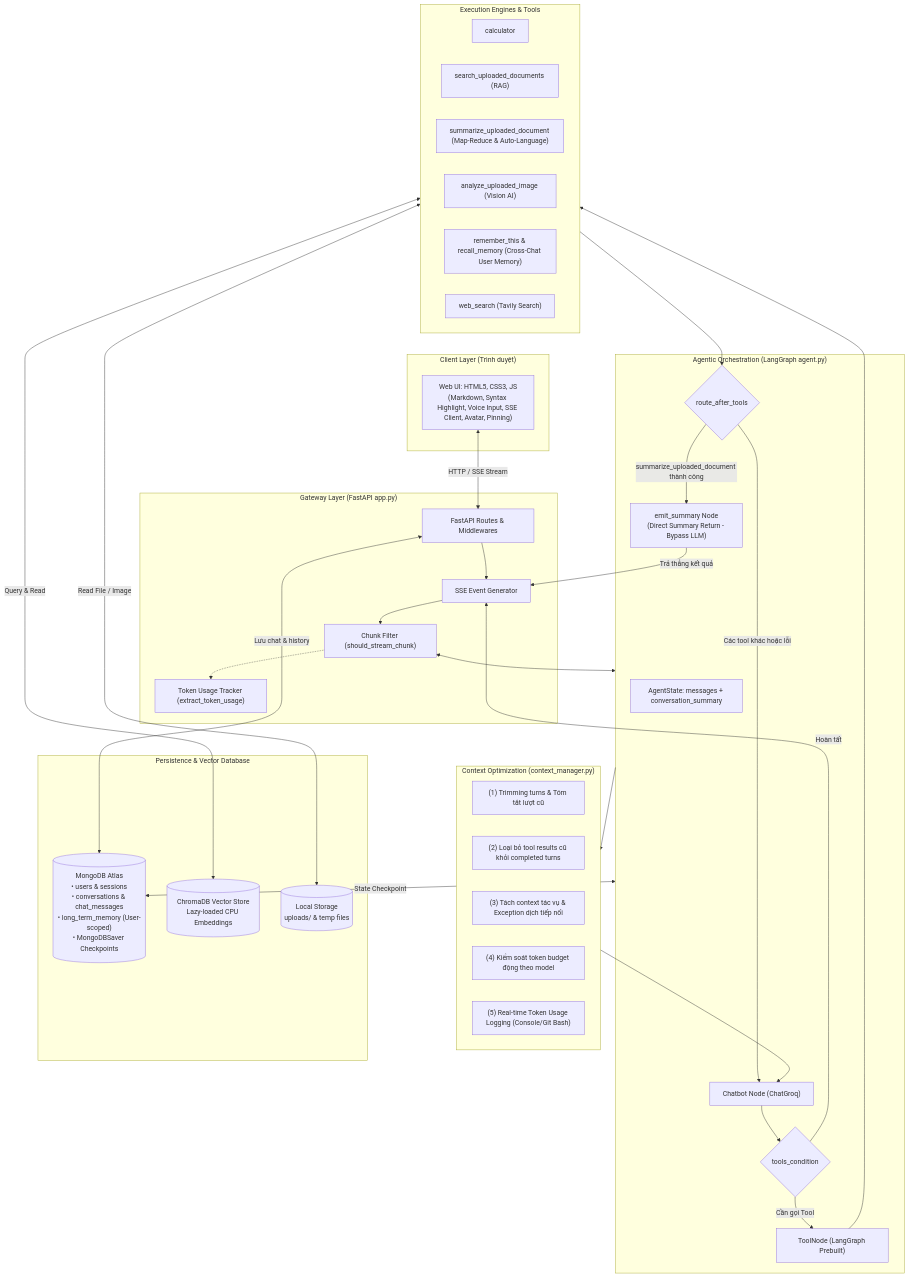
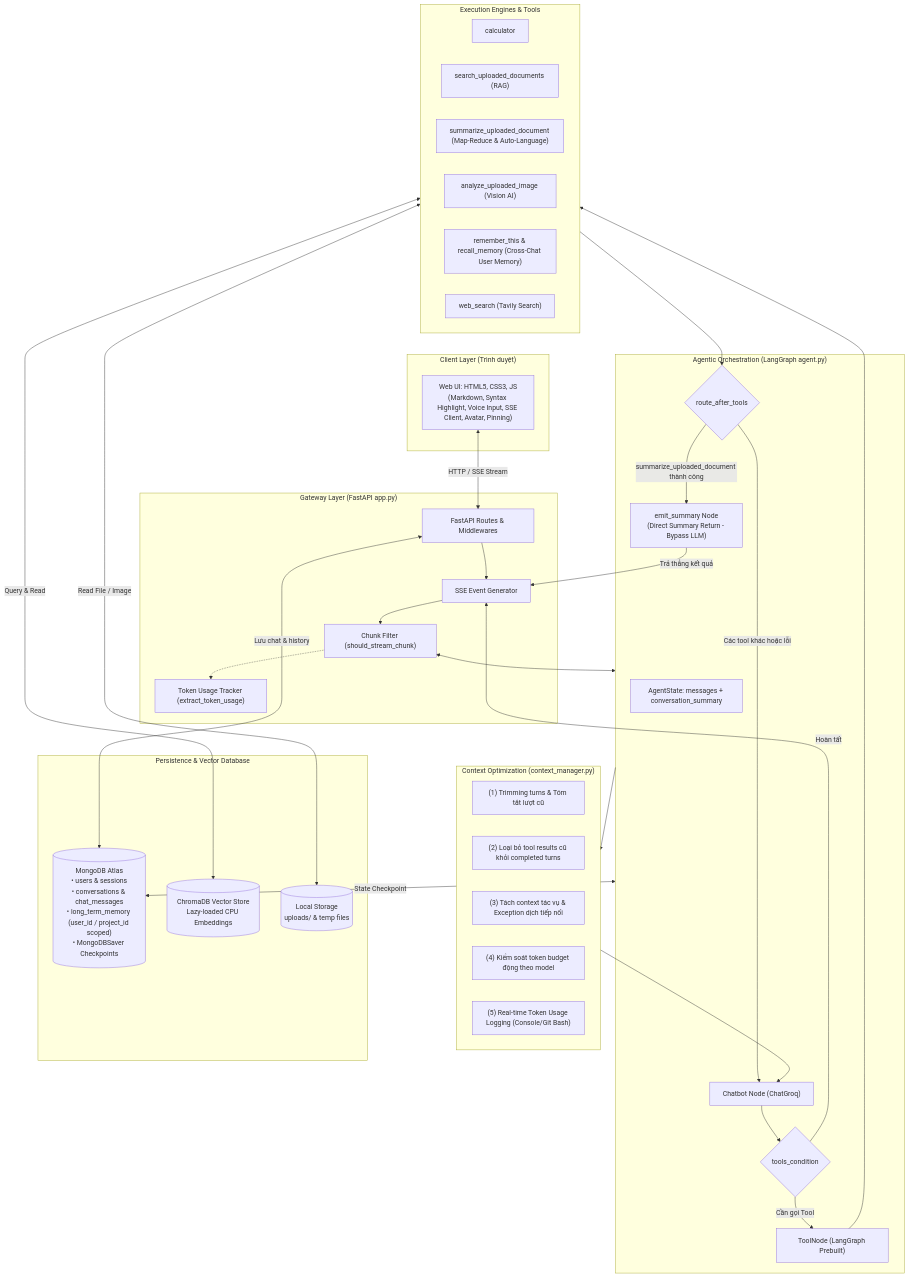
Before and after one commit to Salanky79/Tit-Chatbot: the first of 5 diagrams in README.md, drawn with Mermaid. The commit also changed other lines of this file and 23 other files, not shown here.

````diff
--- a/README.md
+++ b/README.md
@@ -63,68 +63,68 @@
 ```mermaid
 flowchart TD
     subgraph ClientLayer ["Client Layer (Trình duyệt)"]
         UI["Web UI: HTML5, CSS3, JS<br/>(Markdown, Syntax Highlight, Voice Input, SSE Client, Avatar, Pinning)"]
     end
 
     subgraph GatewayLayer ["Gateway Layer (FastAPI app.py)"]
         Router["FastAPI Routes & Middlewares"]
         SSEGen["SSE Event Generator"]
         Filter["Chunk Filter (should_stream_chunk)"]
         TokenTracker["Token Usage Tracker (extract_token_usage)"]
     end
 
     subgraph AgentLayer ["Agentic Orchestration (LangGraph agent.py)"]
         GraphState["AgentState: messages + conversation_summary"]
         ChatbotNode["Chatbot Node (ChatGroq)"]
         Condition{"tools_condition"}
         ToolNode["ToolNode (LangGraph Prebuilt)"]
         RouteTools{"route_after_tools"}
         EmitSummary["emit_summary Node<br/>(Direct Summary Return - Bypass LLM)"]
     end
 
     subgraph OptimizationLayer ["Context Optimization (context_manager.py)"]
         S1["(1) Trimming turns & Tóm tắt lượt cũ"]
         S2["(2) Loại bỏ tool results cũ khỏi completed turns"]
         S3["(3) Tách context tác vụ & Exception dịch tiếp nối"]
         S4["(4) Kiểm soát token budget động theo model"]
         S5["(5) Real-time Token Usage Logging (Console/Git Bash)"]
     end
 
     subgraph ToolsLayer ["Execution Engines & Tools"]
         T1["calculator"]
         T2["search_uploaded_documents (RAG)"]
         T3["summarize_uploaded_document (Map-Reduce & Auto-Language)"]
         T4["analyze_uploaded_image (Vision AI)"]
         T5["remember_this & recall_memory (Cross-Chat User Memory)"]
         T6["web_search (Tavily Search)"]
     end
 
     subgraph StorageLayer ["Persistence & Vector Database"]
-        MongoDB[("MongoDB Atlas<br/>• users & sessions<br/>• conversations & chat_messages<br/>• long_term_memory (User-scoped)<br/>• MongoDBSaver Checkpoints")]
+        MongoDB[("MongoDB Atlas<br/>• users & sessions<br/>• conversations & chat_messages<br/>• long_term_memory (user_id / project_id scoped)<br/>• MongoDBSaver Checkpoints")]
         ChromaDB[("ChromaDB Vector Store<br/>Lazy-loaded CPU Embeddings")]
         LocalFiles[("Local Storage<br/>uploads/ & temp files")]
     end
 
     UI <-->|HTTP / SSE Stream| Router
     Router --> SSEGen
     SSEGen --> Filter
     Filter <--> AgentLayer
     Filter -.-> TokenTracker
 
     AgentLayer --> OptimizationLayer
     OptimizationLayer --> ChatbotNode
     ChatbotNode --> Condition
     Condition -->|Cần gọi Tool| ToolNode
     Condition -->|Hoàn tất| SSEGen
     ToolNode --> ToolsLayer
     ToolsLayer --> RouteTools
 
     RouteTools -->|summarize_uploaded_document thành công| EmitSummary
     RouteTools -->|Các tool khác hoặc lỗi| ChatbotNode
     EmitSummary -->|Trả thẳng kết quả| SSEGen
 
     AgentLayer <-->|State Checkpoint| MongoDB
     Router <-->|Lưu chat & history| MongoDB
     ToolsLayer <-->|Query & Read| ChromaDB
     ToolsLayer <-->|Read File / Image| LocalFiles
 ```
````
